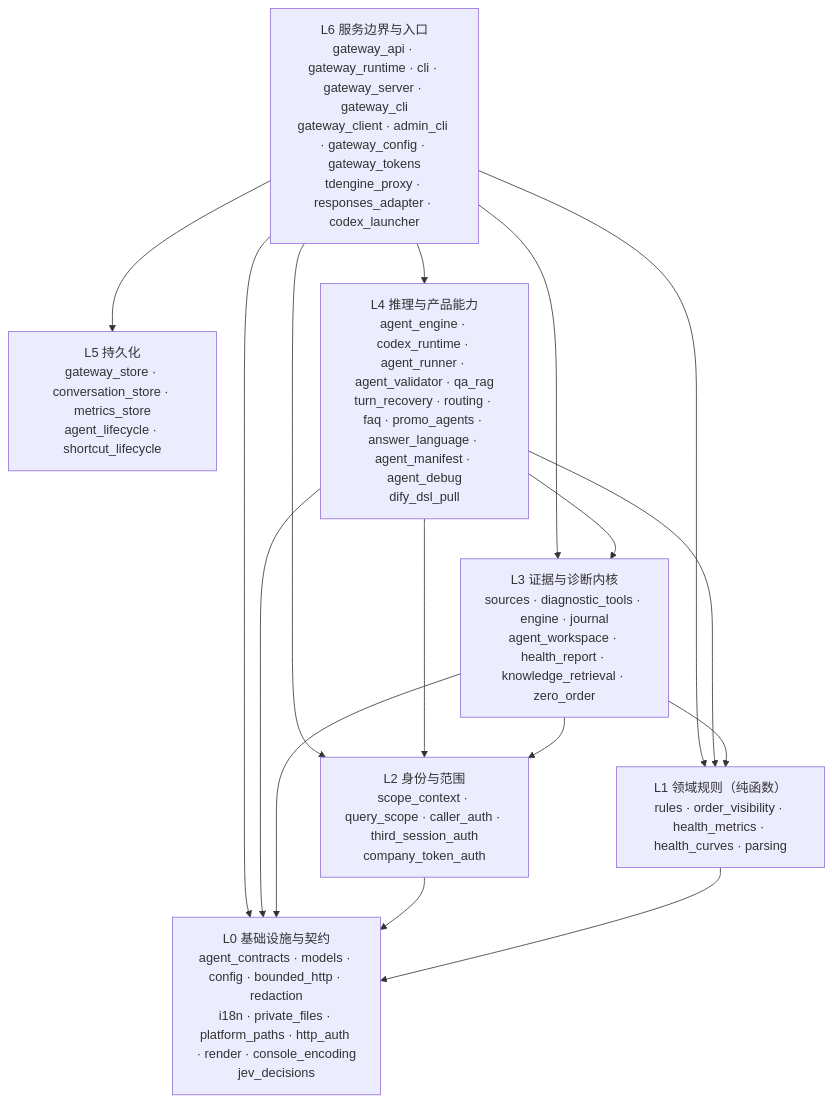
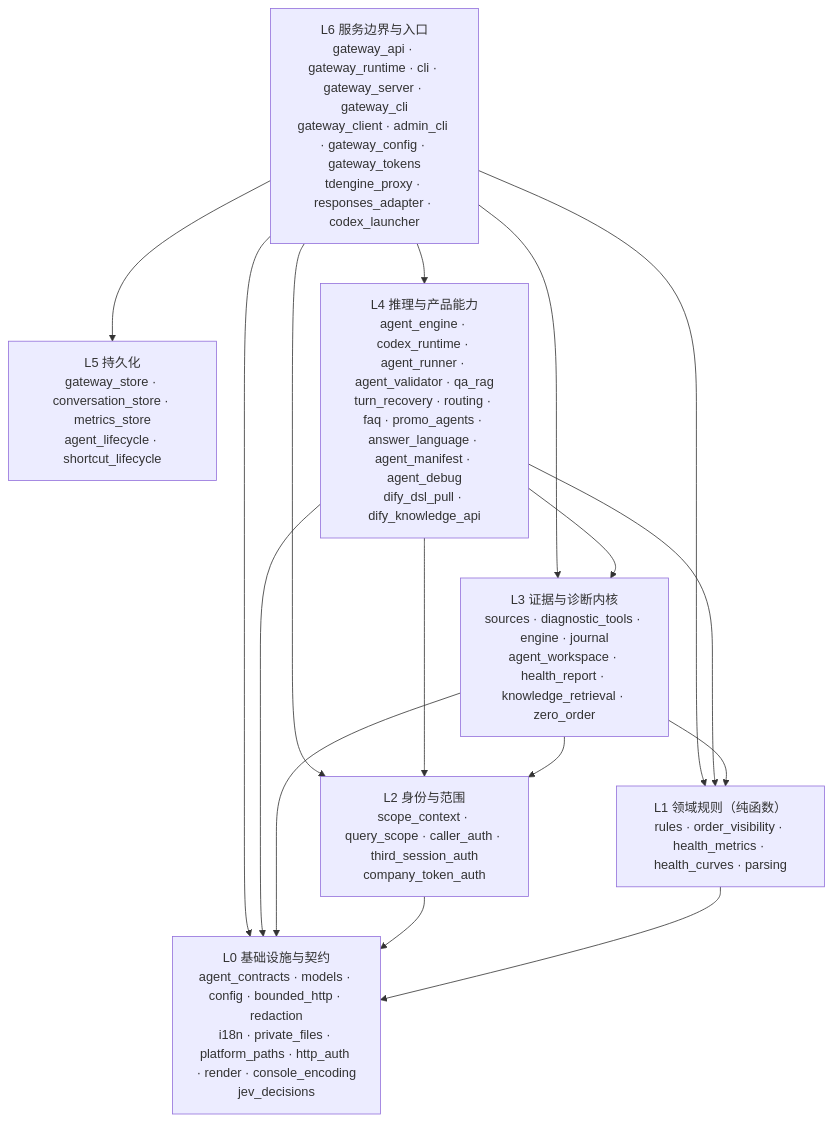
One commit to kilbertert/AI-Ops changed the diagram in README.md. Above: the diagram before and after it, drawn with Mermaid. The commit also changed other lines of this file and 12 other files, not shown here.

First line of the commit message:
feat(gateway): Dify 知识检索适配路由（External Knowledge API，PRD #577 / #581） (#597)

````diff
--- a/README.md
+++ b/README.md
@@ -183,26 +183,26 @@
 ```mermaid
 flowchart TB
     L6["L6 服务边界与入口<br/>gateway_api · gateway_runtime · cli · gateway_server · gateway_cli<br/>gateway_client · admin_cli · gateway_config · gateway_tokens<br/>tdengine_proxy · responses_adapter · codex_launcher"]
     L5["L5 持久化<br/>gateway_store · conversation_store · metrics_store<br/>agent_lifecycle · shortcut_lifecycle"]
-    L4["L4 推理与产品能力<br/>agent_engine · codex_runtime · agent_runner · agent_validator · qa_rag<br/>turn_recovery · routing · faq · promo_agents · answer_language · agent_manifest · agent_debug<br/>dify_dsl_pull"]
+    L4["L4 推理与产品能力<br/>agent_engine · codex_runtime · agent_runner · agent_validator · qa_rag<br/>turn_recovery · routing · faq · promo_agents · answer_language · agent_manifest · agent_debug<br/>dify_dsl_pull · dify_knowledge_api"]
     L3["L3 证据与诊断内核<br/>sources · diagnostic_tools · engine · journal<br/>agent_workspace · health_report · knowledge_retrieval · zero_order"]
     L2["L2 身份与范围<br/>scope_context · query_scope · caller_auth · third_session_auth<br/>company_token_auth"]
     L1["L1 领域规则（纯函数）<br/>rules · order_visibility · health_metrics · health_curves · parsing"]
     L0["L0 基础设施与契约<br/>agent_contracts · models · config · bounded_http · redaction<br/>i18n · private_files · platform_paths · http_auth · render · console_encoding<br/>jev_decisions"]
 
     L6 --> L5
     L6 --> L4
     L6 --> L3
     L6 --> L2
     L6 --> L1
     L6 --> L0
     L4 --> L3
     L4 --> L2
     L4 --> L1
     L4 --> L0
     L3 --> L2
     L3 --> L1
     L3 --> L0
     L2 --> L0
     L1 --> L0
 ```
````
